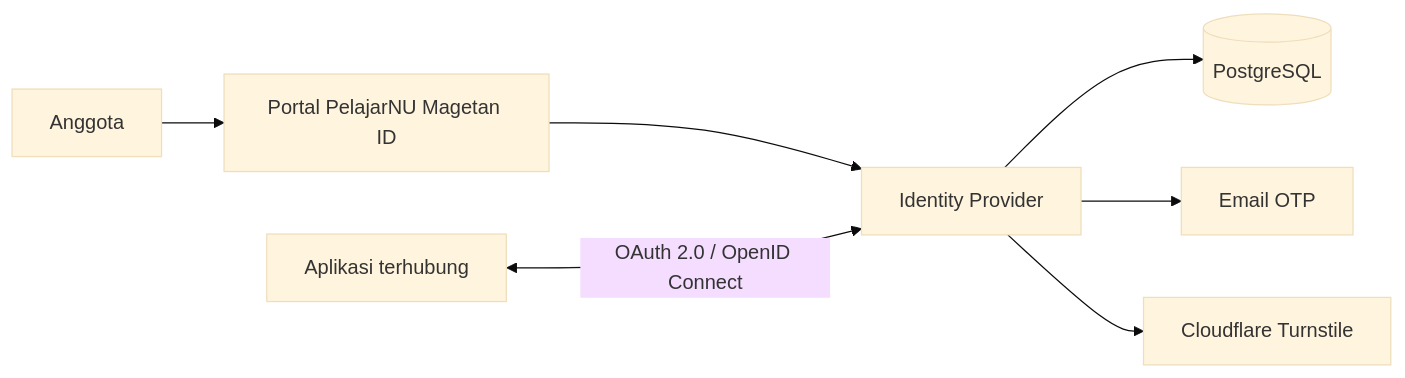
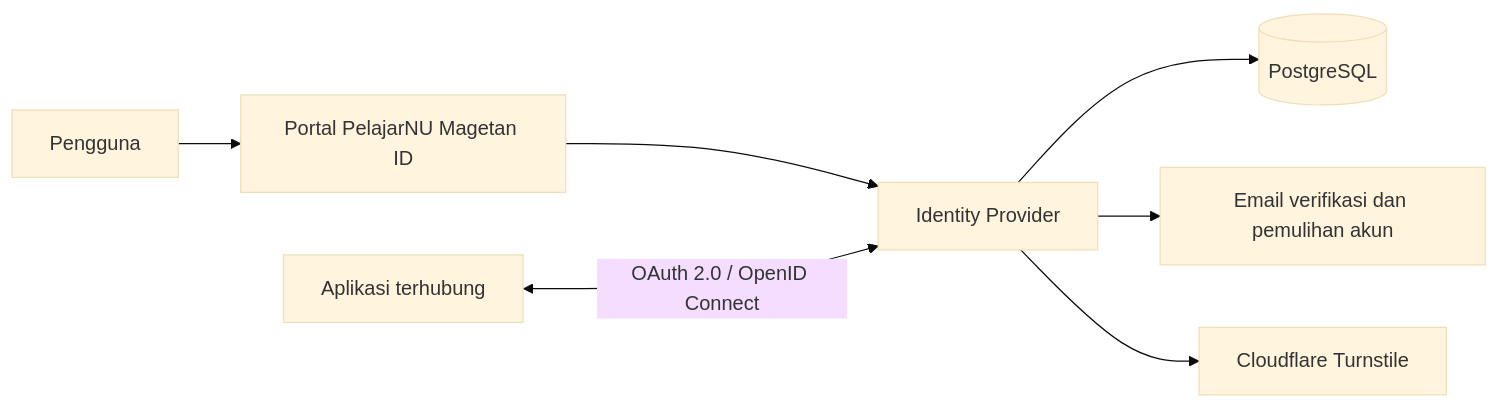
Before and after one commit to Inur123/sso-fixed-ipnuippnu: the diagram in README.md, drawn with Mermaid (base theme). The commit also changed other lines of this file and 6 other files, not shown here.

````diff
--- a/README.md
+++ b/README.md
@@ -25,9 +25,9 @@
 ```mermaid
 flowchart LR
-    U[Anggota] --> P[Portal PelajarNU Magetan ID]
+    U[Pengguna] --> P[Portal PelajarNU Magetan ID]
     P --> I[Identity Provider]
     A[Aplikasi terhubung] <-->|OAuth 2.0 / OpenID Connect| I
     I --> D[(PostgreSQL)]
-    I --> E[Email OTP]
+    I --> E[Email verifikasi dan pemulihan akun]
     I --> T[Cloudflare Turnstile]
 ```
````
